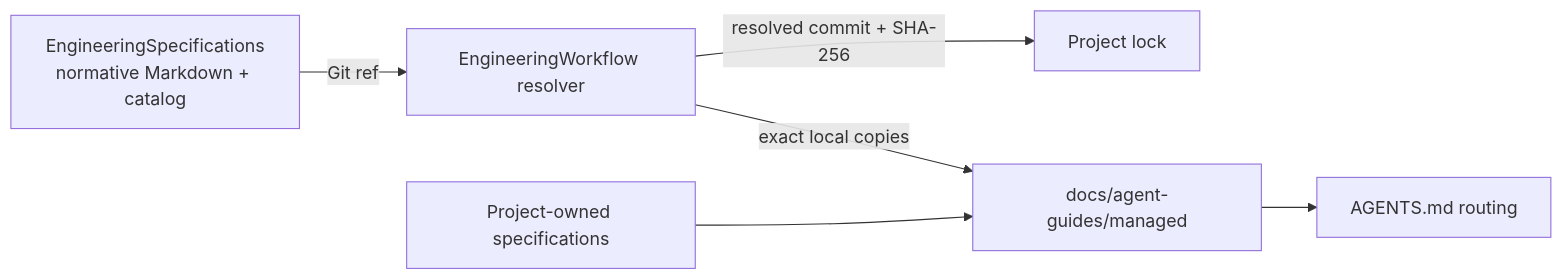
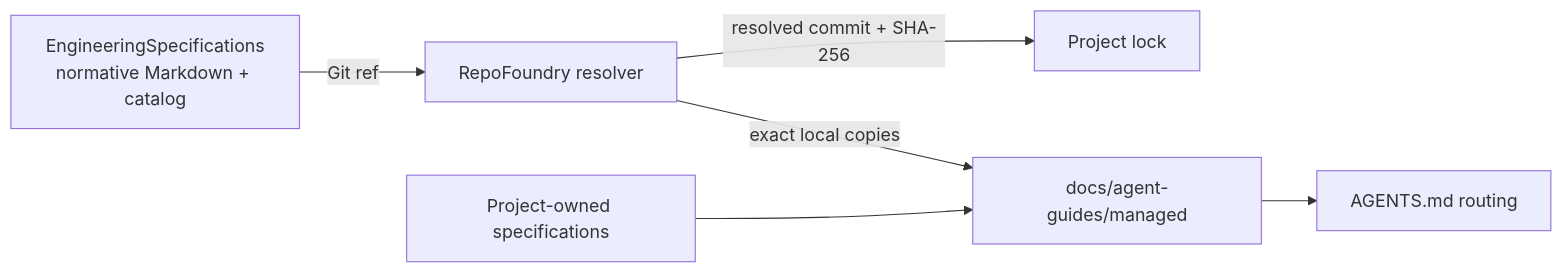
One commit to XiaoWeiKIN/EngineeringSpecifications changed the diagram in README.md. Above: the diagram before and after it, drawn with Mermaid. The commit also changed other lines of this file and 10 other files, not shown here.

````diff
--- a/README.md
+++ b/README.md
@@ -13,8 +13,8 @@
 ```mermaid
 flowchart LR
-    S["EngineeringSpecifications<br/>normative Markdown + catalog"] -->|"Git ref"| W["EngineeringWorkflow resolver"]
+    S["EngineeringSpecifications<br/>normative Markdown + catalog"] -->|"Git ref"| W["RepoFoundry resolver"]
     W -->|"resolved commit + SHA-256"| L["Project lock"]
     W -->|"exact local copies"| M["docs/agent-guides/managed"]
     P["Project-owned specifications"] --> M
     M --> A["AGENTS.md routing"]
 ```
````
